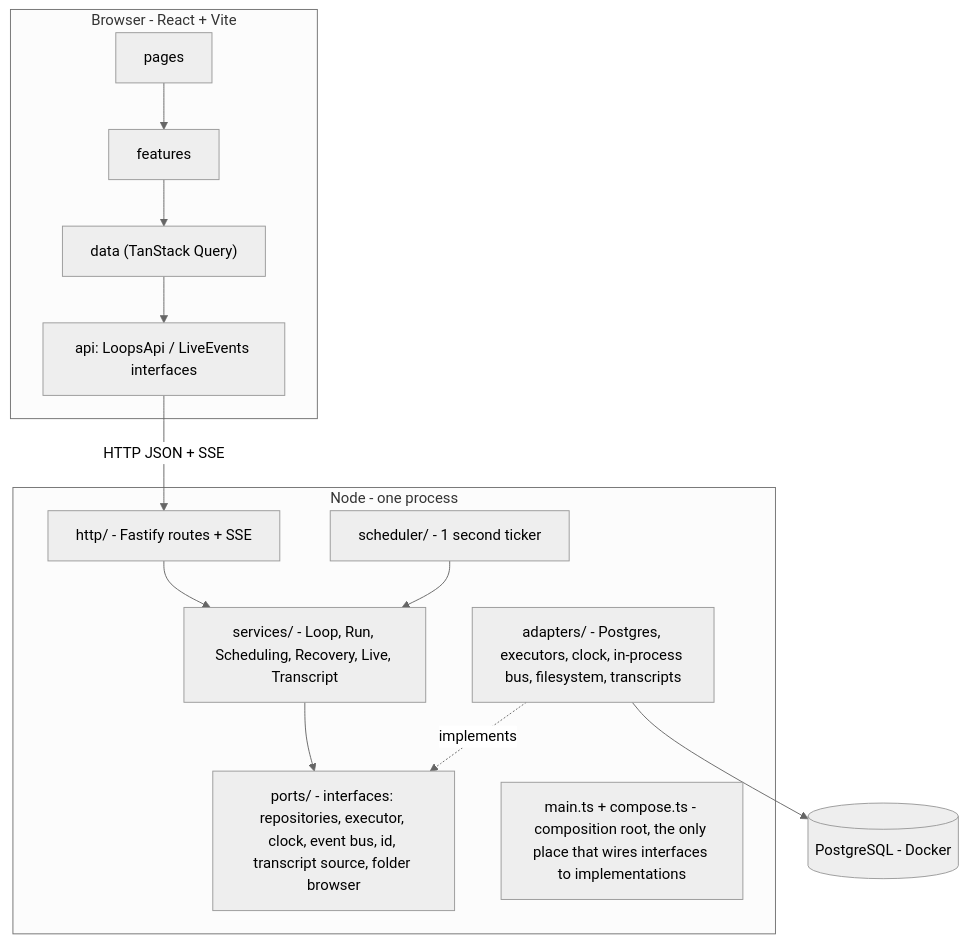
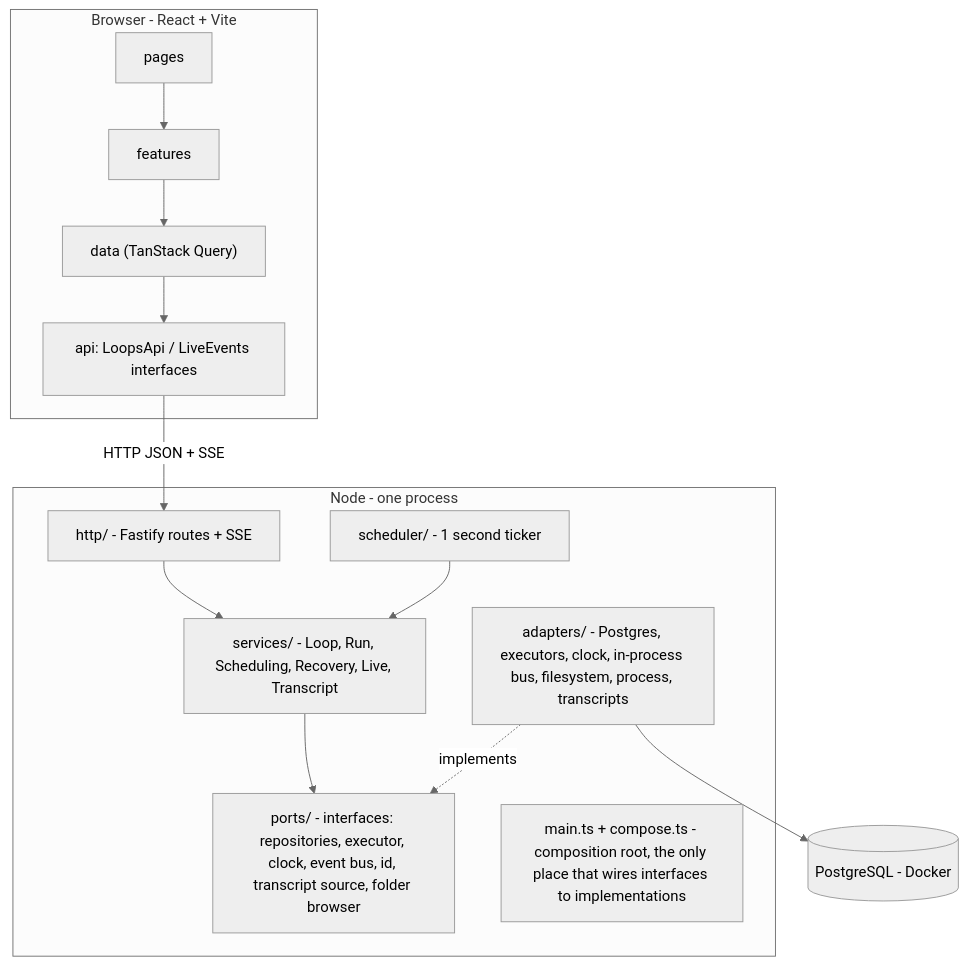
One commit to hieplam/castraferrum changed the first of 2 diagrams in docs/ARCHITECTURE.md. Above: the diagram before and after it, drawn with Mermaid (neutral theme). The commit also changed other lines of this file and 4 other files, not shown here.

````diff
--- a/docs/ARCHITECTURE.md
+++ b/docs/ARCHITECTURE.md
@@ -11,16 +11,16 @@
 ```mermaid
 flowchart TB
   subgraph WEB["Browser - React + Vite"]
     P[pages] --> F[features] --> D["data (TanStack Query)"] --> AI["api: LoopsApi / LiveEvents interfaces"]
   end
   AI -- "HTTP JSON + SSE" --> H
   subgraph SRV["Node - one process"]
     H["http/ - Fastify routes + SSE"] --> S
     T["scheduler/ - 1 second ticker"] --> S
     S["services/ - Loop, Run, Scheduling, Recovery, Live, Transcript"] --> PO
     PO["ports/ - interfaces: repositories, executor, clock, event bus, id, transcript source, folder browser"]
-    AD["adapters/ - Postgres, executors, clock, in-process bus, filesystem, transcripts"] -. implements .-> PO
+    AD["adapters/ - Postgres, executors, clock, in-process bus, filesystem, process, transcripts"] -. implements .-> PO
     M["main.ts + compose.ts - composition root, the only place that wires interfaces to implementations"]
   end
   AD --> PG[("PostgreSQL - Docker")]
 ```
````
